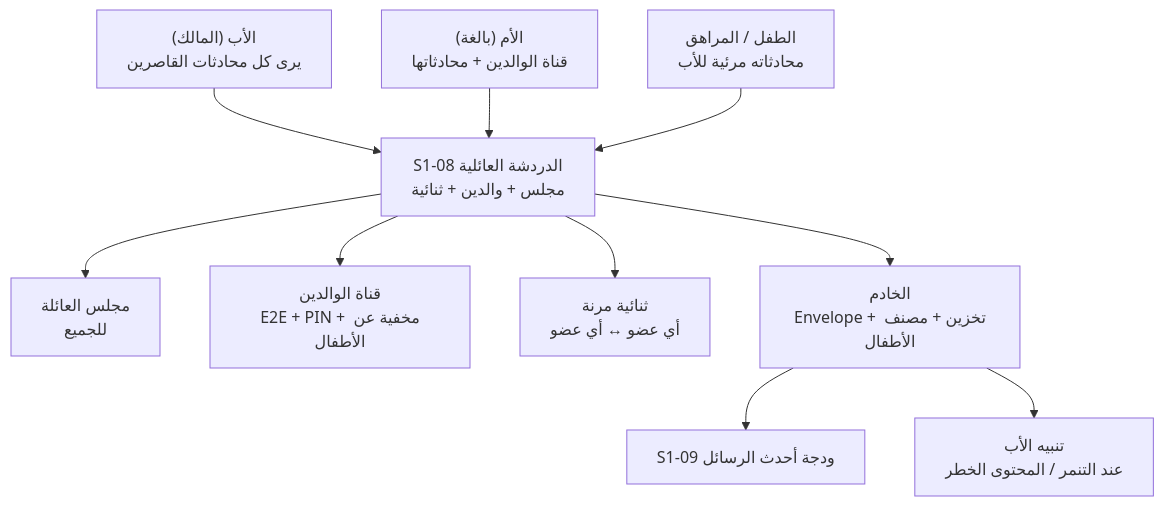
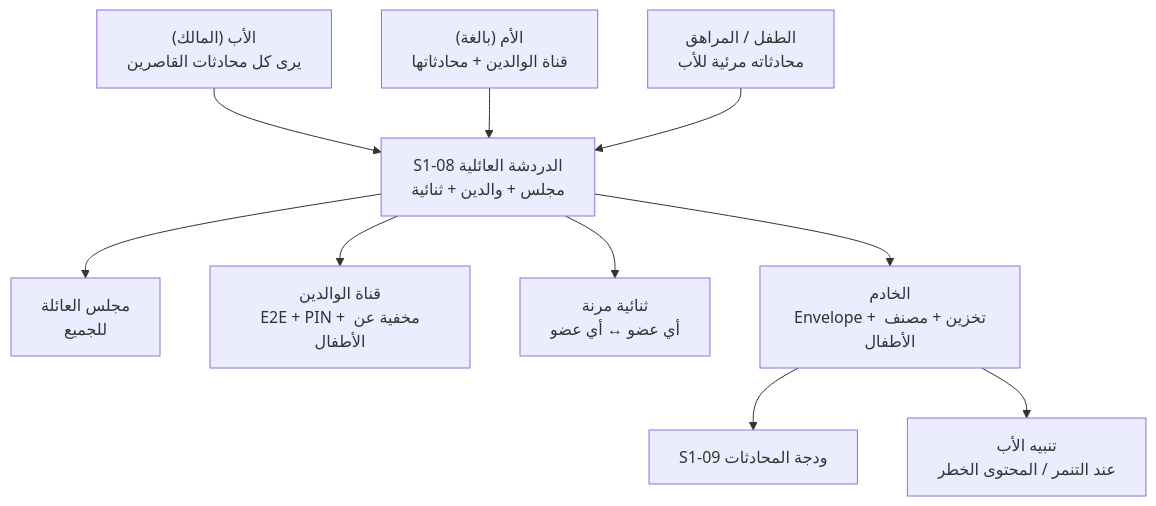
The first of 3 diagrams in docs/family-os/governance/phases/phase-1/S1-08-chat-basic/SPEC.md (Bassam-mohammed-alqaeadi/family-os-v2), drawn with Mermaid before and after one commit. The commit also changed other lines of this file and 12 other files, not shown here.

Commit message:
Q-441: حسم قائمة وكيل التحقق (41 بنداً) وقاعدة «نص واحد سارٍ»: الدعوة باسم المدعو، ودجة المحادثات أعداد بلا نص، سحب الصلاحية من ورقتها، زر الاستغاثة في وضع الطفل فقط

````diff
--- a/docs/family-os/governance/phases/phase-1/S1-08-chat-basic/SPEC.md
+++ b/docs/family-os/governance/phases/phase-1/S1-08-chat-basic/SPEC.md
@@ -34,12 +34,12 @@
 ```mermaid
 flowchart TB
     Father["الأب (المالك)\nيرى كل محادثات القاصرين"] --> Chat["S1-08 الدردشة العائلية\nمجلس + والدين + ثنائية"]
     Mother["الأم (بالغة)\nقناة الوالدين + محادثاتها"] --> Chat
     Child["الطفل / المراهق\nمحادثاته مرئية للأب"] --> Chat
     Chat --> Lounge["مجلس العائلة\nللجميع"]
     Chat --> Parents["قناة الوالدين\nE2E + PIN + مخفية عن الأطفال"]
     Chat --> Direct["ثنائية مرنة\nأي عضو ↔ أي عضو"]
     Chat --> Server["الخادم\nEnvelope + تخزين + مصنف الأطفال"]
-    Server --> Hub["S1-09 ودجة أحدث الرسائل"]
+    Server --> Hub["S1-09 ودجة المحادثات"]
     Server --> Alert["تنبيه الأب\nعند التنمر / المحتوى الخطر"]
 ```
````
